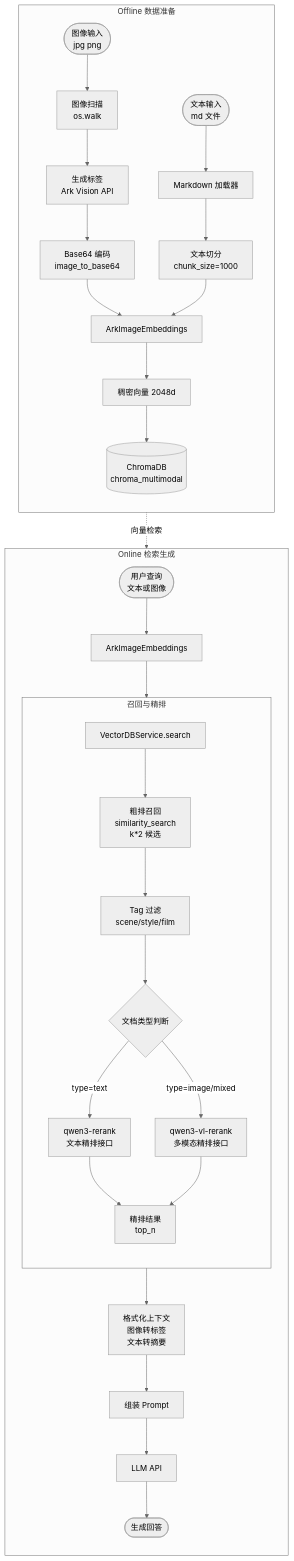
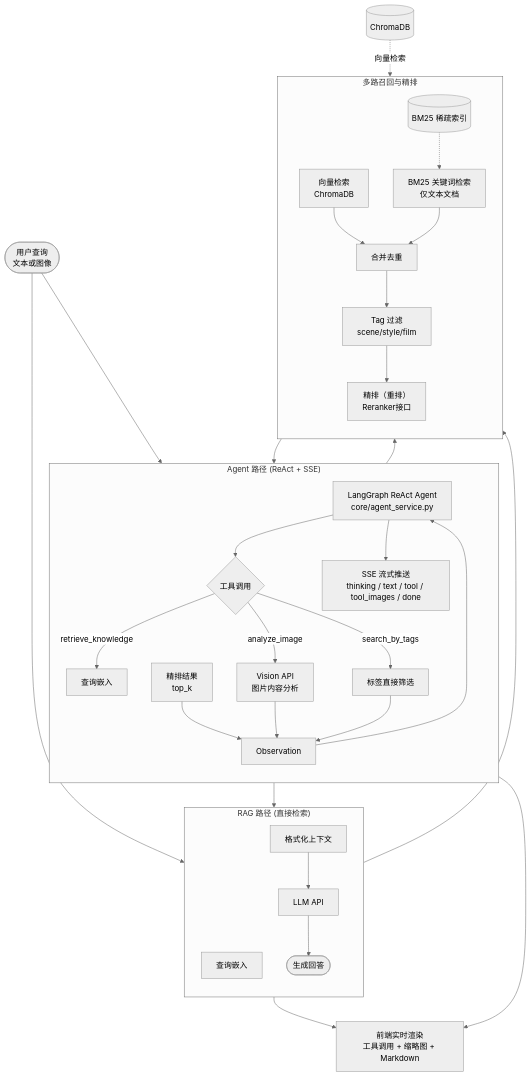
One commit to Rollbear-bot/AgenticFilmArchive changed the second of 2 diagrams in README.md. Above: the diagram before and after it, drawn with Mermaid (neutral theme). The commit also changed other lines of this file, not shown here.

````diff
--- a/README.md
+++ b/README.md
@@ -31,52 +63,43 @@
 ```mermaid
 flowchart TD
-    subgraph OFFLINE["Offline 数据准备"]
+    USER_QUERY([用户查询<br/>文本或图像])
+
+    subgraph AGENT_PATH["Agent 路径 (ReAct + SSE)"]
         direction TB
-
-        IMG_IN([图像输入<br/>jpg png])
-        TXT_IN([文本输入<br/>md 文件])
-
-        IMG_IN --> SCAN[图像扫描<br/>os.walk]
-        SCAN --> TAG[生成标签<br/>Ark Vision API]
-        TAG --> B64[Base64 编码<br/>image_to_base64]
-
-        TXT_IN --> MD_LOAD[Markdown 加载器]
-        MD_LOAD --> SPLIT[文本切分<br/>chunk_size=1000]
-
-        B64 --> EMBED[ArkImageEmbeddings]
-        SPLIT --> EMBED
-
-        EMBED --> VEC["稠密向量 2048d"]
-        VEC --> CHROMA[(ChromaDB<br/>chroma_multimodal)]
+        AGENT[LangGraph ReAct Agent<br/>core/agent_service.py] --> TOOL_CALL{工具调用}
+        TOOL_CALL -->|retrieve_knowledge| RECALL_Q[查询嵌入]
+        TOOL_CALL -->|analyze_image| VISION[Vision API<br/>图片内容分析]
+        TOOL_CALL -->|search_by_tags| TAG_DIRECT[标签直接筛选]
+        RANKED --> OBS[Observation]
+        VISION --> OBS
+        TAG_DIRECT --> OBS
+        OBS --> AGENT
+        AGENT --> SSE[SSE 流式推送<br/>thinking / text / tool / tool_images / done]
     end
 
-    subgraph ONLINE["Online 检索生成"]
+    subgraph RAG_PATH["RAG 路径 (直接检索)"]
         direction TB
-
-        USER_QUERY([用户查询<br/>文本或图像])
-        USER_QUERY --> EMBED_Q[ArkImageEmbeddings]
-
-        EMBED_Q --> SEARCH[VectorDBService.search]
-
-        subgraph RETRIEVAL["召回与精排"]
-            direction TB
-            SEARCH --> COARSE[粗排召回<br/>similarity_search<br/>k*2 候选]
-            COARSE --> TAG_FILTER[Tag 过滤<br/>scene/style/film]
-            TAG_FILTER --> RERANK{文档类型判断}
-
-            RERANK -->|"type=text"| TEXT_RERANK[qwen3-rerank<br/>文本精排接口]
-            RERANK -->|"type=image/mixed"| MULTI_RERANK[qwen3-vl-rerank<br/>多模态精排接口]
-
-            TEXT_RERANK --> RANKED[精排结果<br/>top_n]
-            MULTI_RERANK --> RANKED
-        end
-
-        RANKED --> FORMAT[格式化上下文<br/>图像转标签<br/>文本转摘要]
-        FORMAT --> PROMPT[组装 Prompt]
-        PROMPT --> LLM[LLM API]
+        RAG_Q[查询嵌入]
+        RANKED --> CTX[格式化上下文]
+        CTX --> LLM[LLM API]
         LLM --> ANSWER([生成回答])
     end
 
-    CHROMA -.->|向量检索| SEARCH
+    subgraph RETRIEVAL["多路召回与精排"]
+        direction TB
+        RECALL_Q --> VEC_SEARCH[向量检索<br/>ChromaDB]
+        RAG_Q --> VEC_SEARCH
+        BM25_IDX[(BM25 稀疏索引)] -.-> BM25_SEARCH[BM25 关键词检索<br/>仅文本文档]
+        VEC_SEARCH --> MERGE[合并去重]
+        BM25_SEARCH --> MERGE
+        MERGE --> TAG_FILTER[Tag 过滤<br/>scene/style/film]
+        TAG_FILTER --> RERANK[精排（重排）<br/>Reranker接口]
+        RERANK --> RANKED[精排结果<br/>top_k]
+    end
 
+    USER_QUERY --> AGENT
+    USER_QUERY --> RAG_Q
+    CHROMA[(ChromaDB)] -.->|向量检索| VEC_SEARCH
+    SSE --> FE[前端实时渲染<br/>工具调用 + 缩略图 + Markdown]
+    ANSWER --> FE
 ```
````
